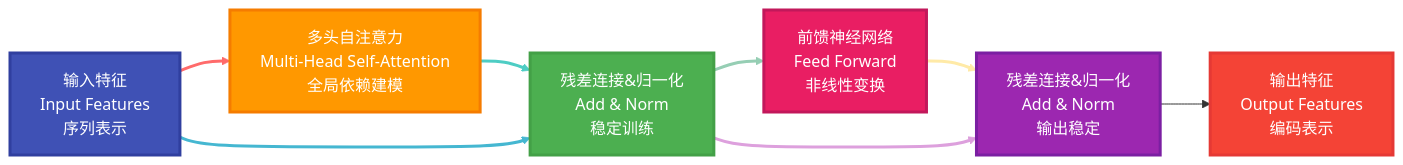
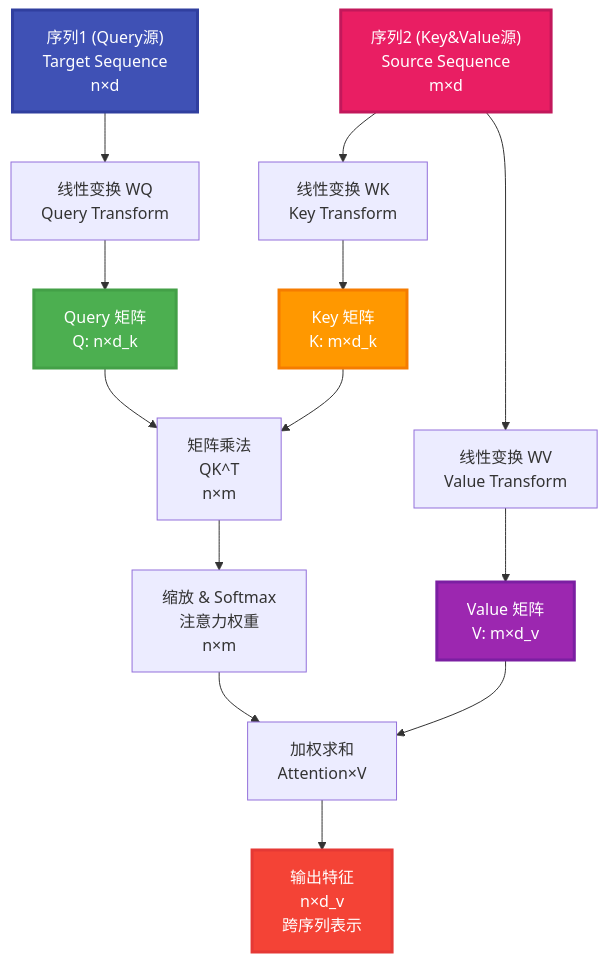
The third of 3 diagrams in pages/posts/notes/Transformer.md (Zhengke0110/Blog), drawn with Mermaid before and after one commit. The commit also changed other lines of this file and 7 other files, not shown here.

Commit message:
feat: add images for Transformer architecture and related concepts

````diff
--- a/pages/posts/notes/Transformer.md
+++ b/pages/posts/notes/Transformer.md
@@ -298,24 +253,24 @@
 ```mermaid
-graph LR
-    A["输入特征<br/>Input Features<br/>序列表示"] --> B["多头自注意力<br/>Multi-Head Self-Attention<br/>全局依赖建模"]
-    B --> C["残差连接&归一化<br/>Add & Norm<br/>稳定训练"]
-    A --> C
-    C --> D["前馈神经网络<br/>Feed Forward<br/>非线性变换"]
-    D --> E["残差连接&归一化<br/>Add & Norm<br/>输出稳定"]
-    C --> E
-    E --> F["输出特征<br/>Output Features<br/>编码表示"]
+graph TB
+    A["序列1 (Query源)<br/>Target Sequence<br/>n×d"] --> B["线性变换 WQ<br/>Query Transform"]
+    C["序列2 (Key&Value源)<br/>Source Sequence<br/>m×d"] --> D["线性变换 WK<br/>Key Transform"]
+    C --> E["线性变换 WV<br/>Value Transform"]
+
+    B --> F["Query 矩阵<br/>Q: n×d_k"]
+    D --> G["Key 矩阵<br/>K: m×d_k"]
+    E --> H["Value 矩阵<br/>V: m×d_v"]
+
+    F --> I["矩阵乘法<br/>QK^T<br/>n×m"]
+    G --> I
+    I --> J["缩放 & Softmax<br/>注意力权重<br/>n×m"]
+    J --> K["加权求和<br/>Attention×V"]
+    H --> K
+    K --> L["输出特征<br/>n×d_v<br/>跨序列表示"]
 
     style A fill:#3F51B5,stroke:#303F9F,stroke-width:3px,color:#fff
-    style B fill:#FF9800,stroke:#F57C00,stroke-width:3px,color:#fff
-    style C fill:#4CAF50,stroke:#43A047,stroke-width:3px,color:#fff
-    style D fill:#E91E63,stroke:#C2185B,stroke-width:3px,color:#fff
-    style E fill:#9C27B0,stroke:#7B1FA2,stroke-width:3px,color:#fff
-    style F fill:#F44336,stroke:#E53935,stroke-width:3px,color:#fff
-
-    linkStyle 0 stroke:#FF6B6B,stroke-width:3px
-    linkStyle 1 stroke:#4ECDC4,stroke-width:3px
-    linkStyle 2 stroke:#45B7D1,stroke-width:3px
-    linkStyle 3 stroke:#96CEB4,stroke-width:3px
-    linkStyle 4 stroke:#FFEAA7,stroke-width:3px
-    linkStyle 5 stroke:#DDA0DD,stroke-width:3px
+    style C fill:#E91E63,stroke:#C2185B,stroke-width:3px,color:#fff
+    style F fill:#4CAF50,stroke:#43A047,stroke-width:3px,color:#fff
+    style G fill:#FF9800,stroke:#F57C00,stroke-width:3px,color:#fff
+    style H fill:#9C27B0,stroke:#7B1FA2,stroke-width:3px,color:#fff
+    style L fill:#F44336,stroke:#E53935,stroke-width:3px,color:#fff
 ```
````
